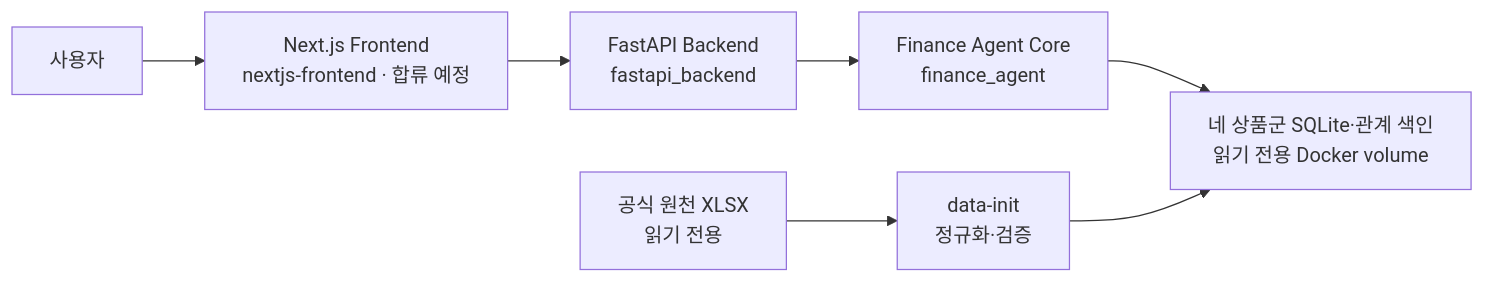
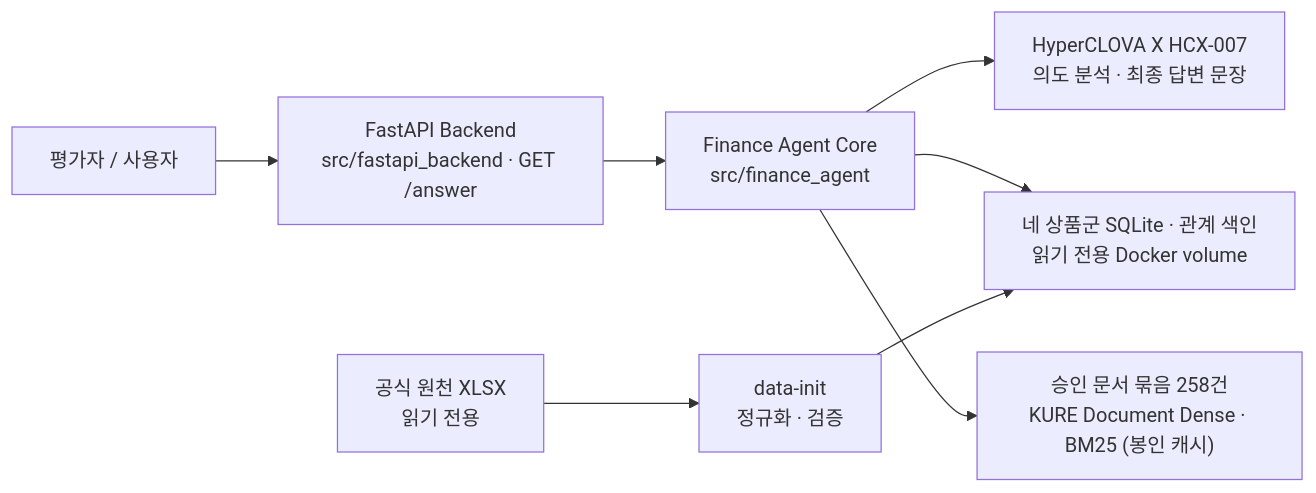
The diagram in README.md (Hyunhoim/gaeng3), drawn with Mermaid before and after one commit. The commit also changed other lines of this file and 297 other files, not shown here.

````diff
--- a/README.md
+++ b/README.md
@@ -47,9 +41,10 @@
 ```mermaid
 flowchart LR
-    U["사용자"] --> F["Next.js Frontend<br/>nextjs-frontend · 합류 예정"]
-    F --> B["FastAPI Backend<br/>fastapi_backend"]
-    B --> A["Finance Agent Core<br/>finance_agent"]
-    A --> D["네 상품군 SQLite·관계 색인<br/>읽기 전용 Docker volume"]
-    X["공식 원천 XLSX<br/>읽기 전용"] --> I["data-init<br/>정규화·검증"]
+    U["평가자 / 사용자"] --> B["FastAPI Backend<br/>src/fastapi_backend · GET /answer"]
+    B --> A["Finance Agent Core<br/>src/finance_agent"]
+    A --> H["HyperCLOVA X HCX-007<br/>의도 분석 · 최종 답변 문장"]
+    A --> D["네 상품군 SQLite · 관계 색인<br/>읽기 전용 Docker volume"]
+    A --> C["승인 문서 묶음 258건<br/>KURE Document Dense · BM25 (봉인 캐시)"]
+    X["공식 원천 XLSX<br/>읽기 전용"] --> I["data-init<br/>정규화 · 검증"]
     I --> D
 ```
````
